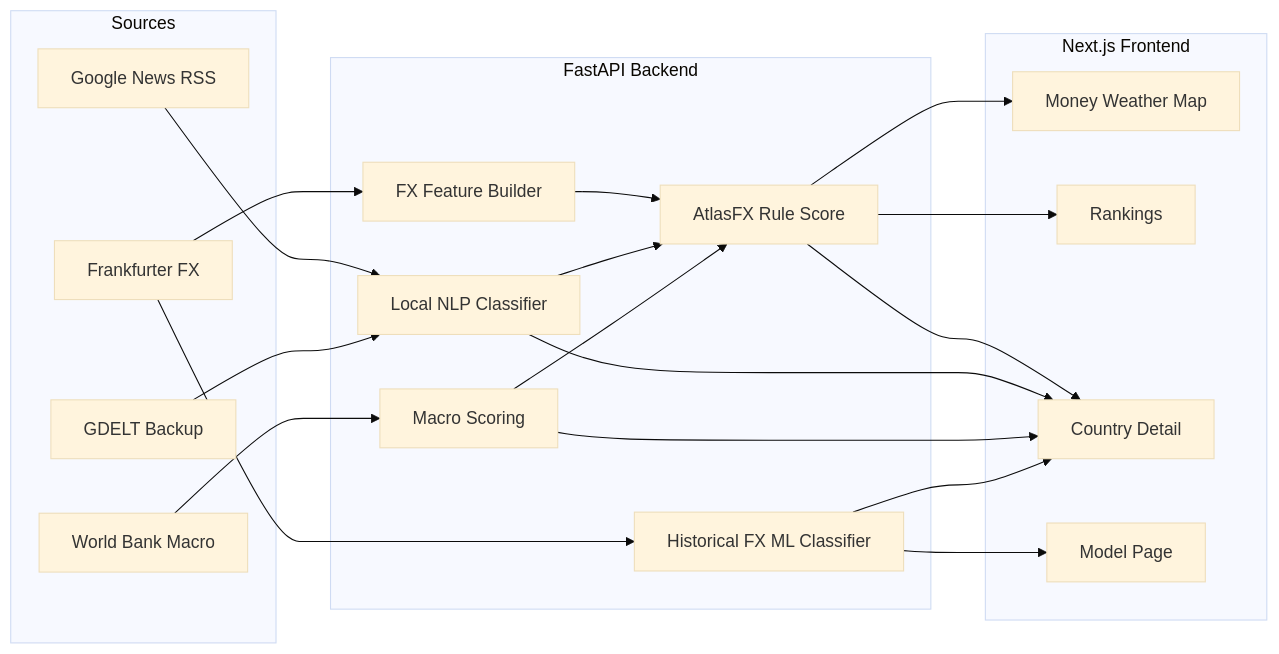
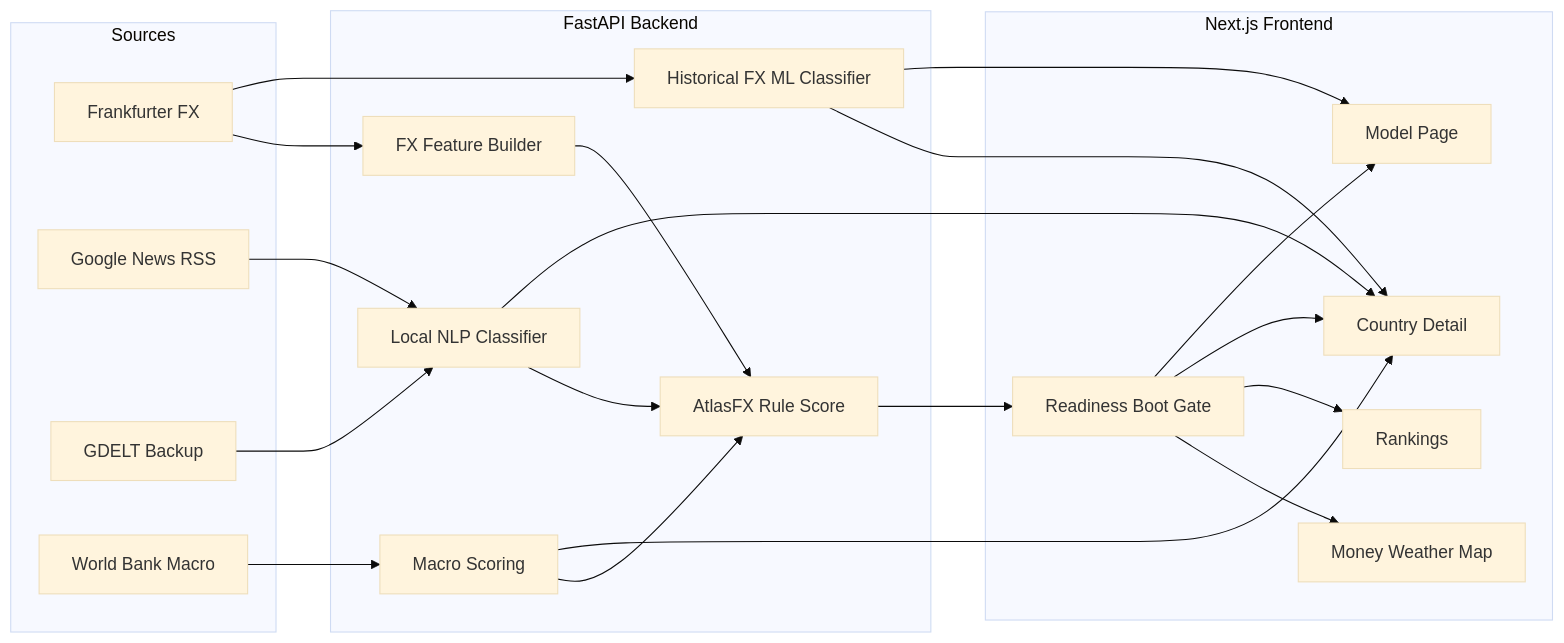
Before and after one commit to dhruvtoprani/atlasfx: the diagram in README.md, drawn with Mermaid (base theme). The commit also changed other lines of this file and 18 other files, not shown here.

Commit message:
Add connector readiness loading gate

````diff
--- a/README.md
+++ b/README.md
@@ -67,37 +68,40 @@
 ```mermaid
 flowchart LR
   subgraph Sources
     F[Frankfurter FX]
     N[Google News RSS]
     G[GDELT Backup]
     W[World Bank Macro]
   end
 
   subgraph API[FastAPI Backend]
     FX[FX Feature Builder]
     NLP[Local NLP Classifier]
     MAC[Macro Scoring]
     SCORE[AtlasFX Rule Score]
     ML[Historical FX ML Classifier]
   end
 
   subgraph Web[Next.js Frontend]
+    BOOT[Readiness Boot Gate]
     MAP[Money Weather Map]
     RANK[Rankings]
     COUNTRY[Country Detail]
     MODEL[Model Page]
   end
 
   F --> FX --> SCORE
   N --> NLP --> SCORE
   G --> NLP
   W --> MAC --> SCORE
   F --> ML
-  SCORE --> MAP
-  SCORE --> RANK
-  SCORE --> COUNTRY
+  SCORE --> BOOT
+  BOOT --> MAP
+  BOOT --> RANK
+  BOOT --> COUNTRY
+  BOOT --> MODEL
   NLP --> COUNTRY
   MAC --> COUNTRY
   ML --> COUNTRY
   ML --> MODEL
 ```
````
